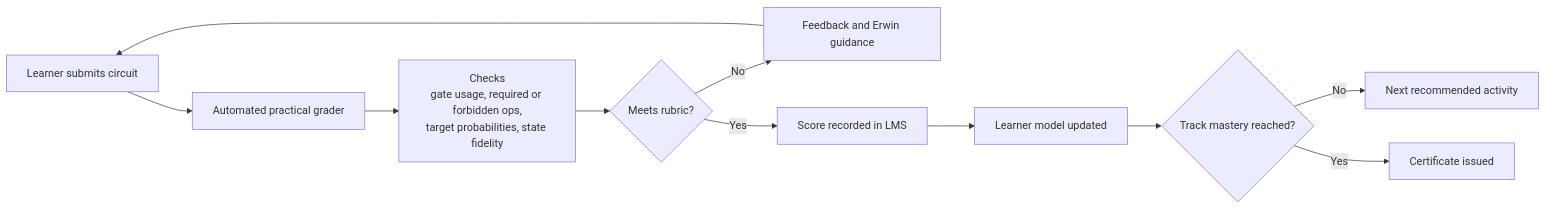
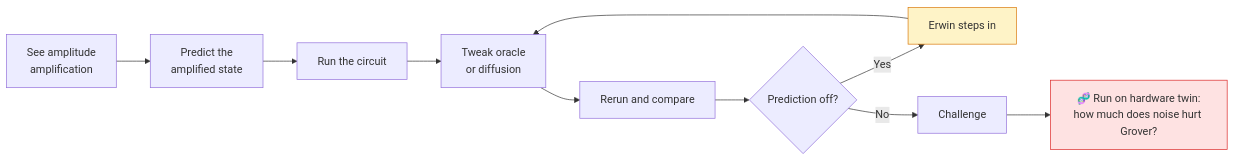
Before and after one commit to aaruhyakumar2006/Qualution-: diagram 18 of 18 in README.md, drawn with Mermaid. The commit also changed other lines of this file, not shown here.

````diff
--- a/README.md
+++ b/README.md
@@ -581,13 +780,15 @@
 ```mermaid
 flowchart LR
-    A["Learner submits circuit"] --> B["Automated practical grader"]
-    B --> C["Checks<br/>gate usage, required or forbidden ops,<br/>target probabilities, state fidelity"]
-    C --> D{"Meets rubric?"}
-    D -- "No" --> E["Feedback and Erwin guidance"]
-    E --> A
-    D -- "Yes" --> F["Score recorded in LMS"]
-    F --> G["Learner model updated"]
-    G --> H{"Track mastery reached?"}
-    H -- "No" --> I["Next recommended activity"]
-    H -- "Yes" --> J["Certificate issued"]
+    A[See amplitude<br/>amplification] --> B[Predict the<br/>amplified state]
+    B --> C[Run the circuit]
+    C --> D[Tweak oracle<br/>or diffusion]
+    D --> E[Rerun and compare]
+    E --> F{Prediction off?}
+    F -- Yes --> G[Erwin steps in]
+    G --> D
+    F -- No --> H[Challenge]
+    H --> I[🧬 Run on hardware twin:<br/>how much does noise hurt Grover?]
+
+    style G fill:#fef3c7,stroke:#d97706
+    style I fill:#fee2e2,stroke:#dc2626
 ```
````
